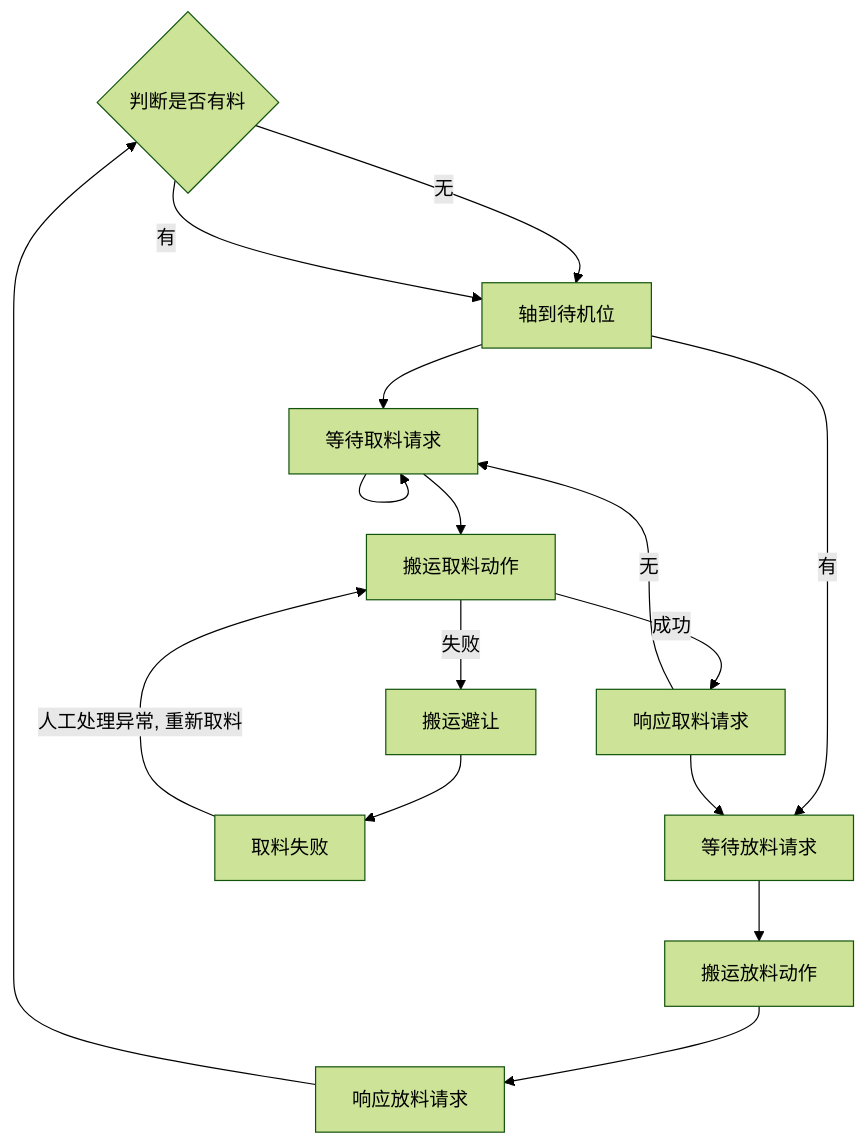
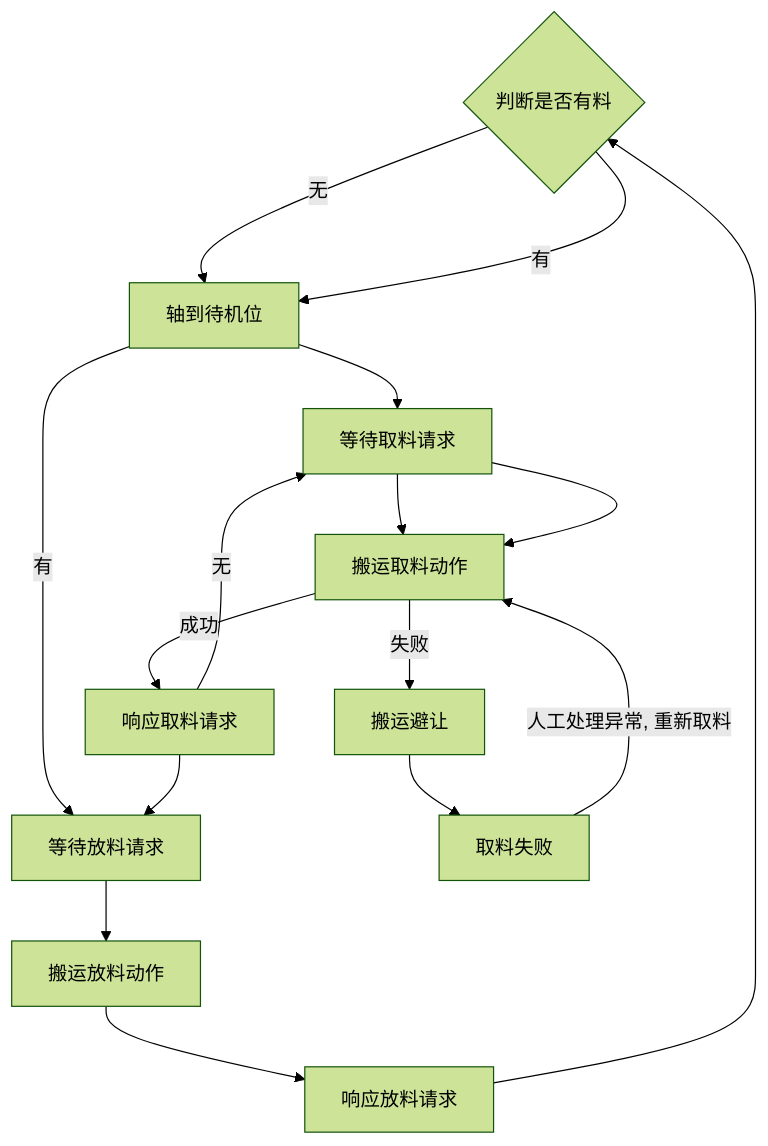
The diagram in all/OP10 自动流程.md (PengKun1/iodraw-files), drawn with Mermaid (forest theme) before and after one commit.

Commit message:
2024-08-02 10:56:27 update

````diff
--- a/all/OP10 自动流程.md
+++ b/all/OP10 自动流程.md
@@ -1,20 +1,21 @@
 ```mermaid
 graph TD
 10{判断是否有料}-->|无|20
 10-->|有|20
 20[轴到待机位]-->30
-30[气缸到待机位]-->30
+30[气缸到待机位]-->40
+
 50{是否焊接完成}-->|无|30
 20-->|有|60
 30[等待取料请求]-->40
 40[搬运取料动作]-->|成功|50
 40-->|失败|90
 50[响应取料请求]-->60
 60[等待放料请求]-->70
 70[搬运放料动作]-->80
 80[响应放料请求]-->10
 
 90[搬运避让]-->900
 
 900[取料失败]-->|人工处理异常, 重新取料|40
 ```
````
